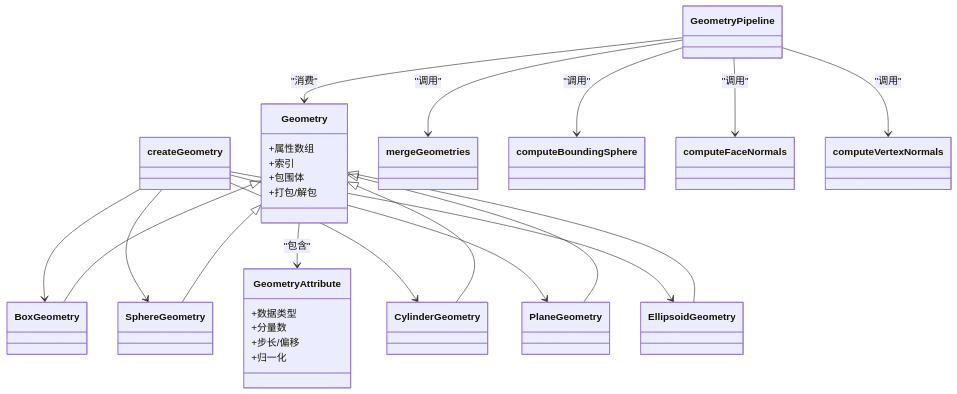
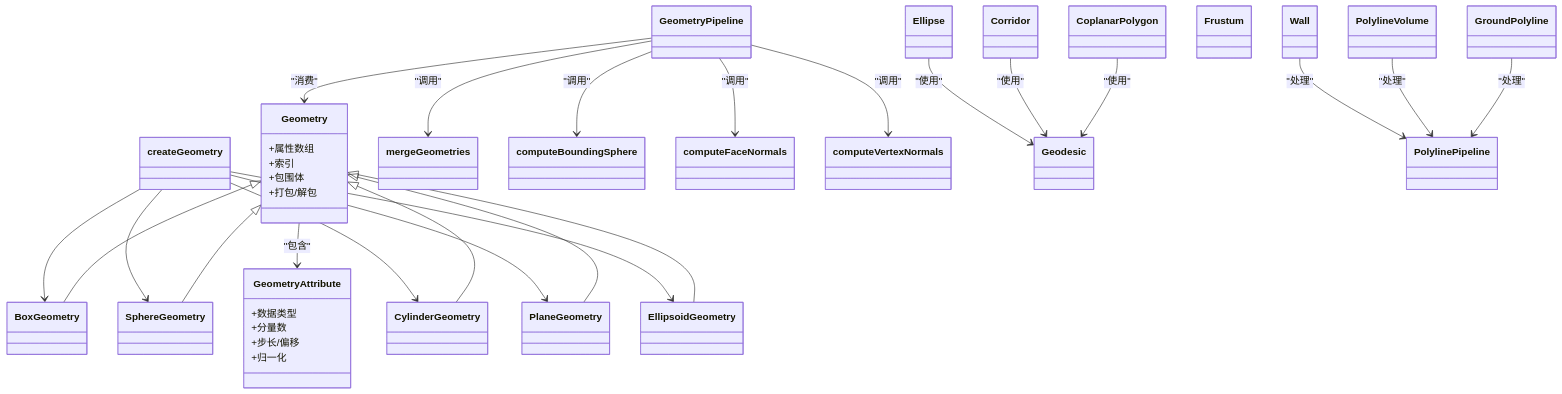
Before and after one commit to rzhangjing/cesium: the sixth of 6 diagrams in .qoder/repowiki/zh/content/项目概述/核心特性/实体与几何体系统/几何体处理.md, drawn with Mermaid. The commit also changed other lines of this file and 30 other files, not shown here.

````diff
--- a/.qoder/repowiki/zh/content/项目概述/核心特性/实体与几何体系统/几何体处理.md
+++ b/.qoder/repowiki/zh/content/项目概述/核心特性/实体与几何体系统/几何体处理.md
@@ -334,42 +512,57 @@
 ```mermaid
 classDiagram
 class Geometry {
 +属性数组
 +索引
 +包围体
 +打包/解包
 }
 class GeometryAttribute {
 +数据类型
 +分量数
 +步长/偏移
 +归一化
 }
 class BoxGeometry
 class SphereGeometry
 class CylinderGeometry
 class PlaneGeometry
 class EllipsoidGeometry
 class GeometryPipeline
 class createGeometry
 class mergeGeometries
 class computeBoundingSphere
 class computeFaceNormals
 class computeVertexNormals
+class CoplanarPolygon
+class Corridor
+class Ellipse
+class Frustum
+class GroundPolyline
+class PolylineVolume
+class Wall
+class Geodesic
+class PolylinePipeline
 Geometry <|-- BoxGeometry
 Geometry <|-- SphereGeometry
 Geometry <|-- CylinderGeometry
 Geometry <|-- PlaneGeometry
 Geometry <|-- EllipsoidGeometry
 Geometry --> GeometryAttribute : "包含"
 createGeometry --> BoxGeometry
 createGeometry --> SphereGeometry
 createGeometry --> CylinderGeometry
 createGeometry --> PlaneGeometry
 createGeometry --> EllipsoidGeometry
 GeometryPipeline --> Geometry : "消费"
 GeometryPipeline --> mergeGeometries : "调用"
 GeometryPipeline --> computeBoundingSphere : "调用"
 GeometryPipeline --> computeFaceNormals : "调用"
 GeometryPipeline --> computeVertexNormals : "调用"
+CoplanarPolygon --> Geodesic : "使用"
+Corridor --> Geodesic : "使用"
+Ellipse --> Geodesic : "使用"
+GroundPolyline --> PolylinePipeline : "处理"
+PolylineVolume --> PolylinePipeline : "处理"
+Wall --> PolylinePipeline : "处理"
 ```
````
